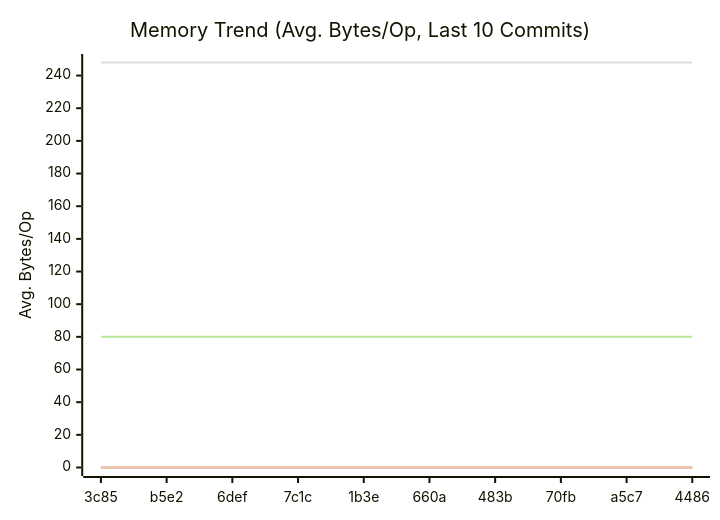
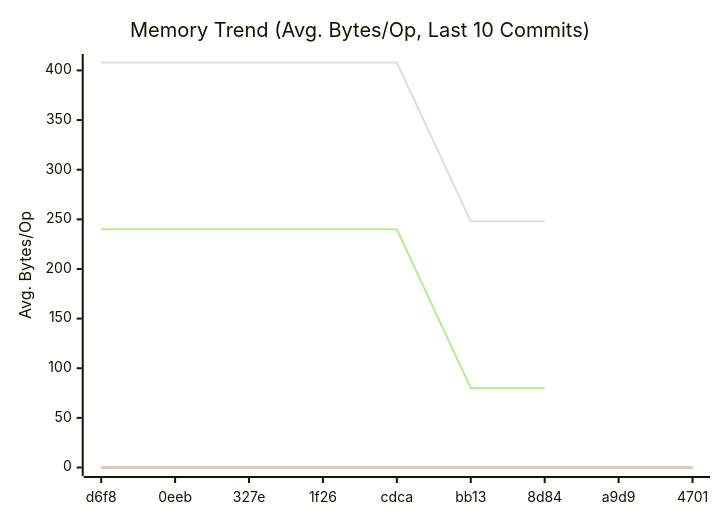
Before and after one commit to alsotoes/momo: the second of 3 diagrams in doc/README.md, drawn with Mermaid. The commit also changed other lines of this file and 16 other files, not shown here.

````diff
--- a/doc/README.md
+++ b/doc/README.md
@@ -303,12 +309,12 @@
 ```mermaid
 xychart-beta
     title "Memory Trend (Avg. Bytes/Op, Last 10 Commits)"
     x-axis "Commit"
     y-axis "Avg. Bytes/Op"
-    x-axis [3c85,b5e2,6def,7c1c,1b3e,660a,483b,70fb,a5c7,4486]
+    x-axis [d6f8,0eeb,327e,1f26,cdca,bb13,8d84,a9d9,4701]
     line "CheckMetricsAndSwap" [0,0,0,0,0,0,0,0,0,0]
     line "IndexDirectTracking" [0,0,0,0,0,0,0,0,0,0]
     line "IndexSearch" [0,0,0,0,0,0,0,0,0,0]
-    line "ParseReplicationOrder_NoPrealloc" [248,248,248,248,248,248,248,248,248,248]
-    line "ParseReplicationOrder_Prealloc" [80,80,80,80,80,80,80,80,80,80]
+    line "ParseReplicationOrder_NoPrealloc" [408,408,408,408,408,248,248]
+    line "ParseReplicationOrder_Prealloc" [240,240,240,240,240,80,80]
 ```
````
